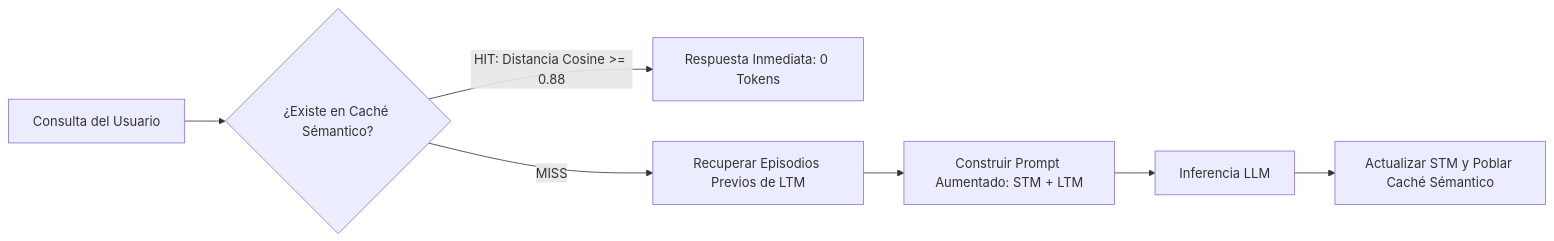
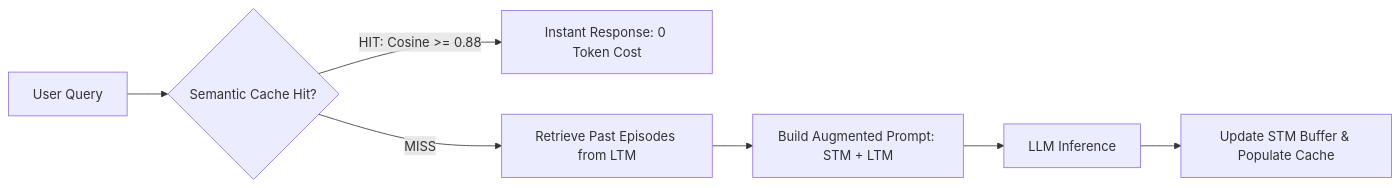
One commit to OscarTMa/ai-agents-in-practice changed the second of 5 diagrams in README.md. Above: the diagram before and after it, drawn with Mermaid. The commit also changed other lines of this file, not shown here.

````diff
--- a/README.md
+++ b/README.md
@@ -104,9 +104,9 @@
 ```mermaid
 graph LR
-    Query[Consulta del Usuario] --> CacheCheck{¿Existe en Caché Sémantico?}
-    CacheCheck -->|HIT: Distancia Cosine >= 0.88| ReturnCached[Respuesta Inmediata: 0 Tokens]
-    CacheCheck -->|MISS| QueryEpisodic[Recuperar Episodios Previos de LTM]
-    QueryEpisodic --> BuildContext[Construir Prompt Aumentado: STM + LTM]
-    BuildContext --> Inference[Inferencia LLM]
-    Inference --> UpdateState[Actualizar STM y Poblar Caché Sémantico]
+    UserQuery[User Query] --> CacheCheck{Semantic Cache Hit?}
+    CacheCheck -->|HIT: Cosine >= 0.88| ReturnCached[Instant Response: 0 Token Cost]
+    CacheCheck -->|MISS| QueryEpisodic[Retrieve Past Episodes from LTM]
+    QueryEpisodic --> BuildContext[Build Augmented Prompt: STM + LTM]
+    BuildContext --> Inference[LLM Inference]
+    Inference --> UpdateState[Update STM Buffer & Populate Cache]
 ```
````
